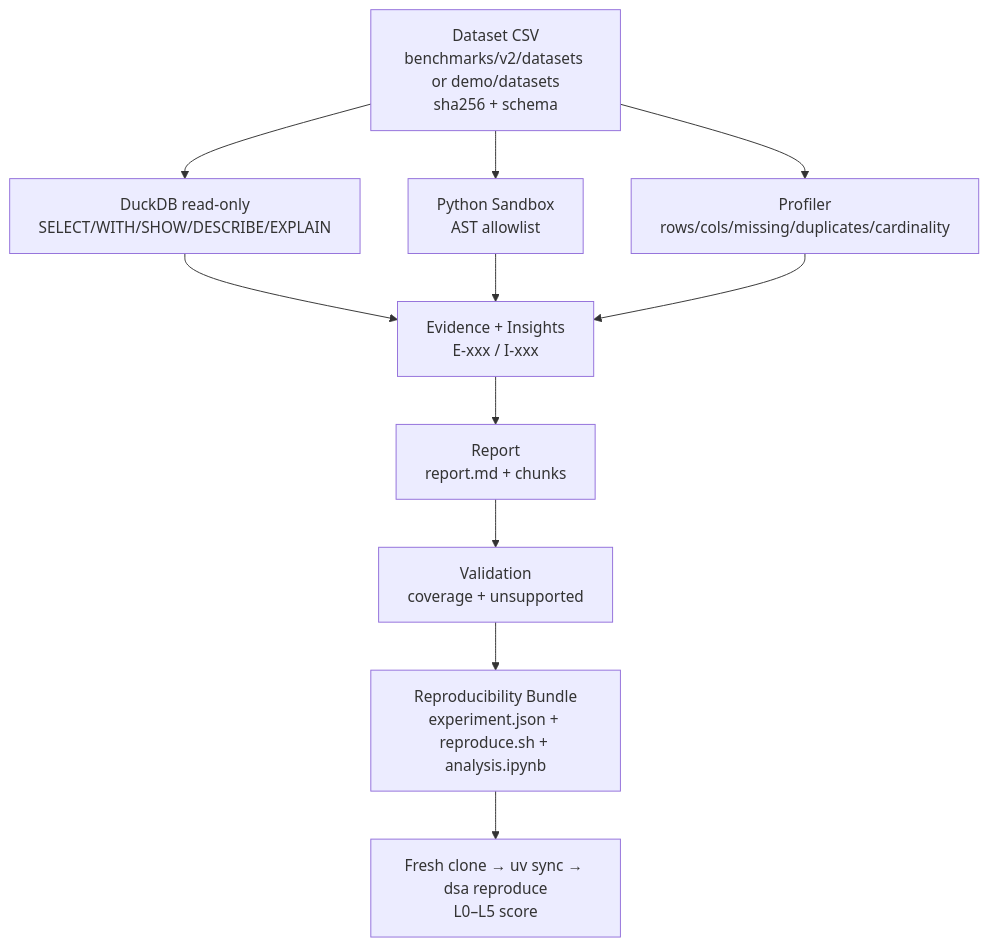
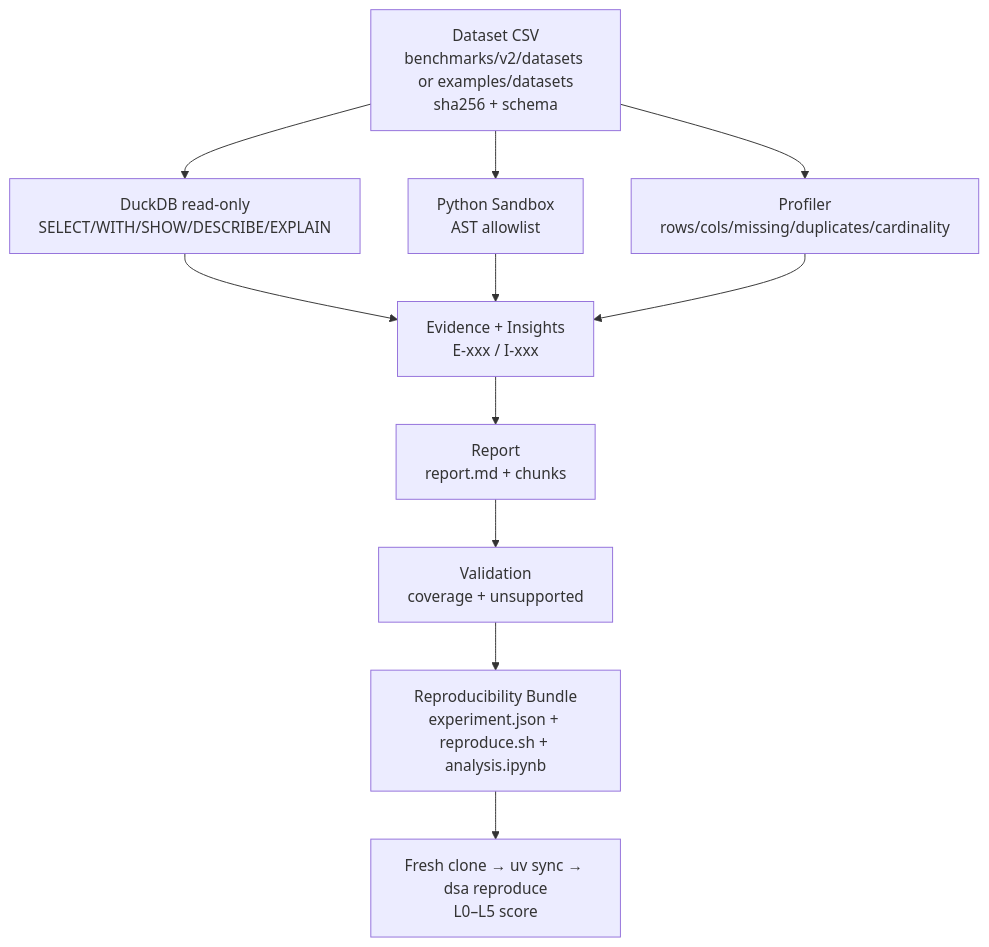
One commit to Jackxiaozhiren/data-science-agent changed the fifth of 7 diagrams in docs/architecture.md. Above: the diagram before and after it, drawn with Mermaid. The commit also changed other lines of this file and 126 other files, not shown here.

````diff
--- a/docs/architecture.md
+++ b/docs/architecture.md
@@ -115,12 +115,12 @@
 ```mermaid
 flowchart TB
-    DS[Dataset CSV<br/>benchmarks/v2/datasets or demo/datasets<br/>sha256 + schema]
+    DS[Dataset CSV<br/>benchmarks/v2/datasets or examples/datasets<br/>sha256 + schema]
     DS --> P[Profiler<br/>rows/cols/missing/duplicates/cardinality]
     DS --> DU[DuckDB read-only<br/>SELECT/WITH/SHOW/DESCRIBE/EXPLAIN]
     DS --> SB[Python Sandbox<br/>AST allowlist]
     DU & SB & P --> EV[Evidence + Insights<br/>E-xxx / I-xxx]
     EV --> REP[Report<br/>report.md + chunks]
     REP --> VAL2[Validation<br/>coverage + unsupported]
     VAL2 --> BNDL[Reproducibility Bundle<br/>experiment.json + reproduce.sh + analysis.ipynb]
     BNDL --> REPRO[Fresh clone → uv sync → dsa reproduce<br/>L0–L5 score]
 ```
````
